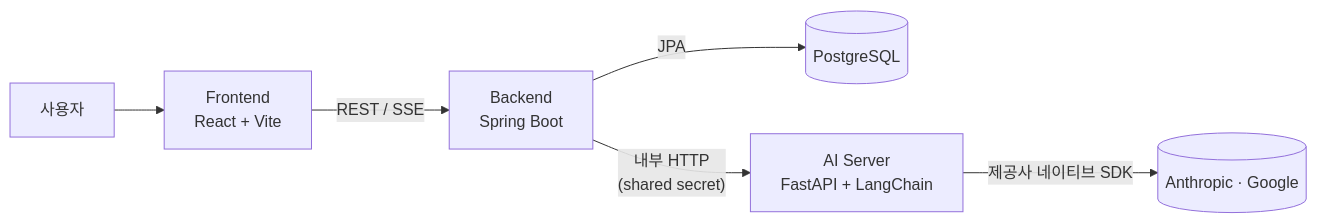
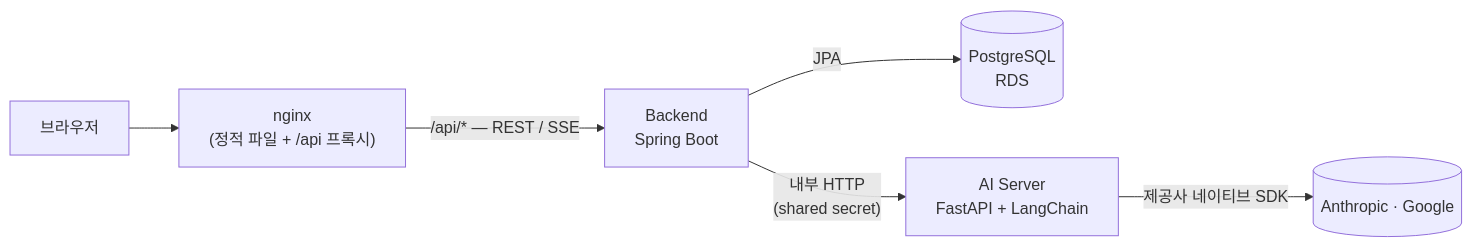
The diagram in README.md (yoojaegon/soksak), drawn with Mermaid before and after one commit. The commit also changed other lines of this file, not shown here.

````diff
--- a/README.md
+++ b/README.md
@@ -53,8 +152,8 @@
 ```mermaid
 flowchart LR
-    U[사용자] --> FE["Frontend<br/>React + Vite"]
-    FE -->|REST / SSE| BE["Backend<br/>Spring Boot"]
-    BE -->|JPA| DB[(PostgreSQL)]
+    U[브라우저] --> NG["nginx<br/>(정적 파일 + /api 프록시)"]
+    NG -->|"/api/* — REST / SSE"| BE["Backend<br/>Spring Boot"]
+    BE -->|JPA| DB[(PostgreSQL<br/>RDS)]
     BE -->|"내부 HTTP<br/>(shared secret)"| AI["AI Server<br/>FastAPI + LangChain"]
     AI -->|"제공사 네이티브 SDK"| LLM[(Anthropic · Google)]
 ```
````
